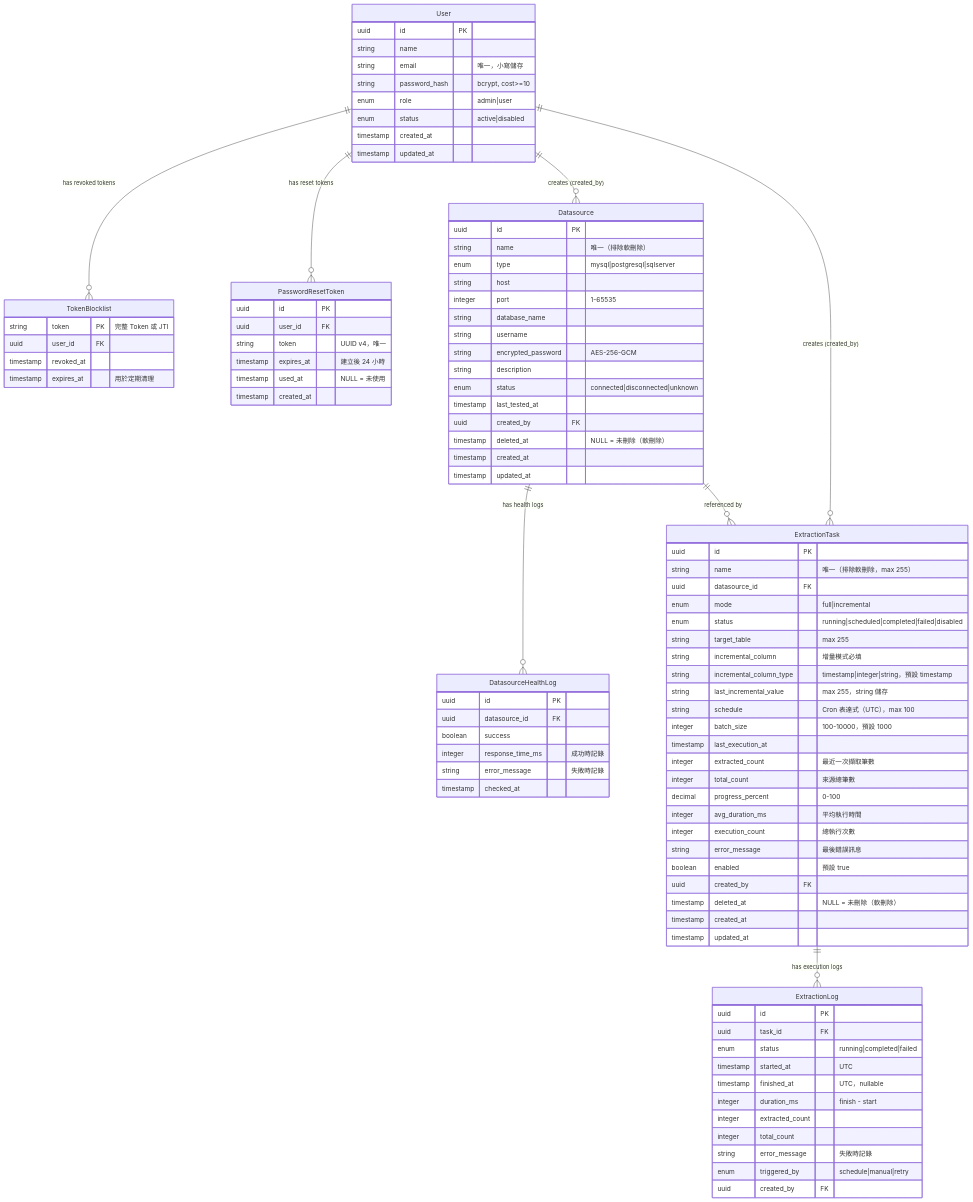
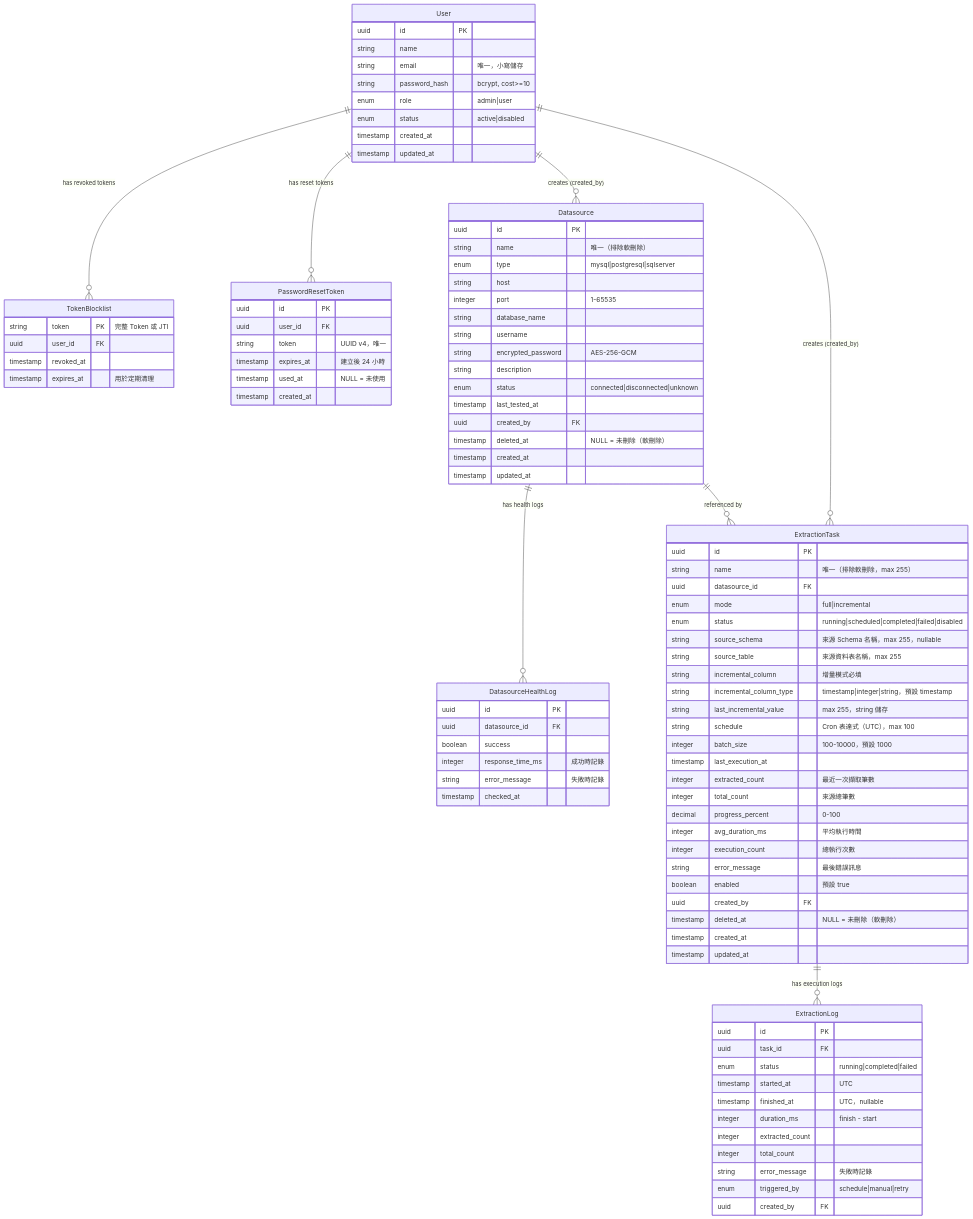
One commit to wisewhalesoft/cdmp-mvp changed the fifth of 12 diagrams in docs/specs/architecture-spec.md. Above: the diagram before and after it, drawn with Mermaid. The commit also changed other lines of this file and 13 other files, not shown here.

First line of the commit message:
docs(E04): 更新 specs — raw data 落地、source_schema 拆分、F026 預覽

```diff
--- a/docs/specs/architecture-spec.md
+++ b/docs/specs/architecture-spec.md
@@ -464,7 +485,8 @@
         uuid datasource_id FK
         enum mode "full|incremental"
         enum status "running|scheduled|completed|failed|disabled"
-        string target_table "max 255"
+        string source_schema "來源 Schema 名稱，max 255，nullable"
+        string source_table "來源資料表名稱，max 255"
         string incremental_column "增量模式必填"
         string incremental_column_type "timestamp|integer|string，預設 timestamp"
         string last_incremental_value "max 255，string 儲存"
```
